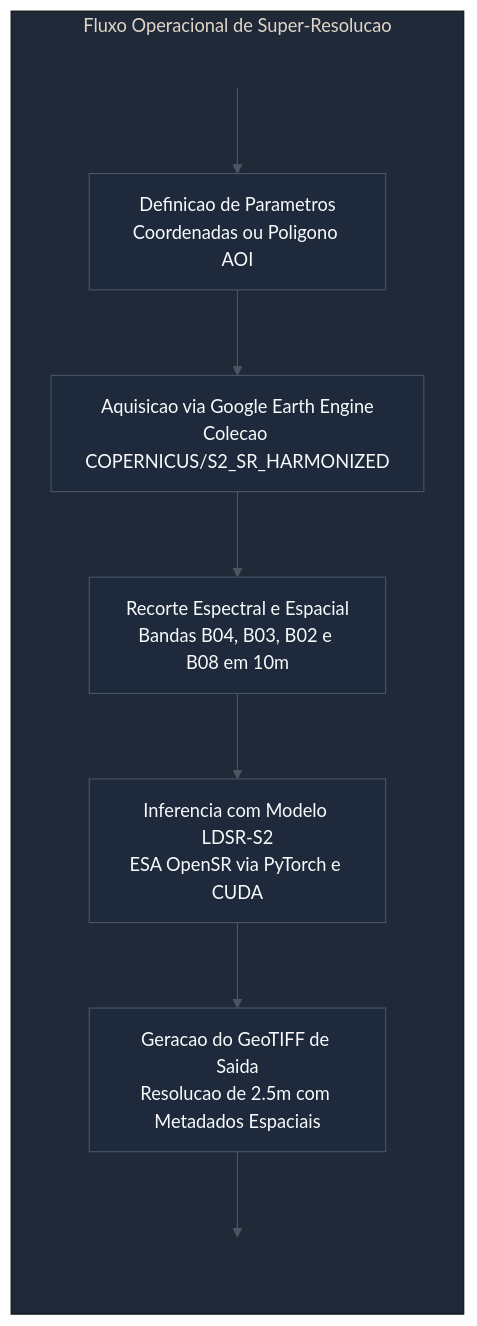
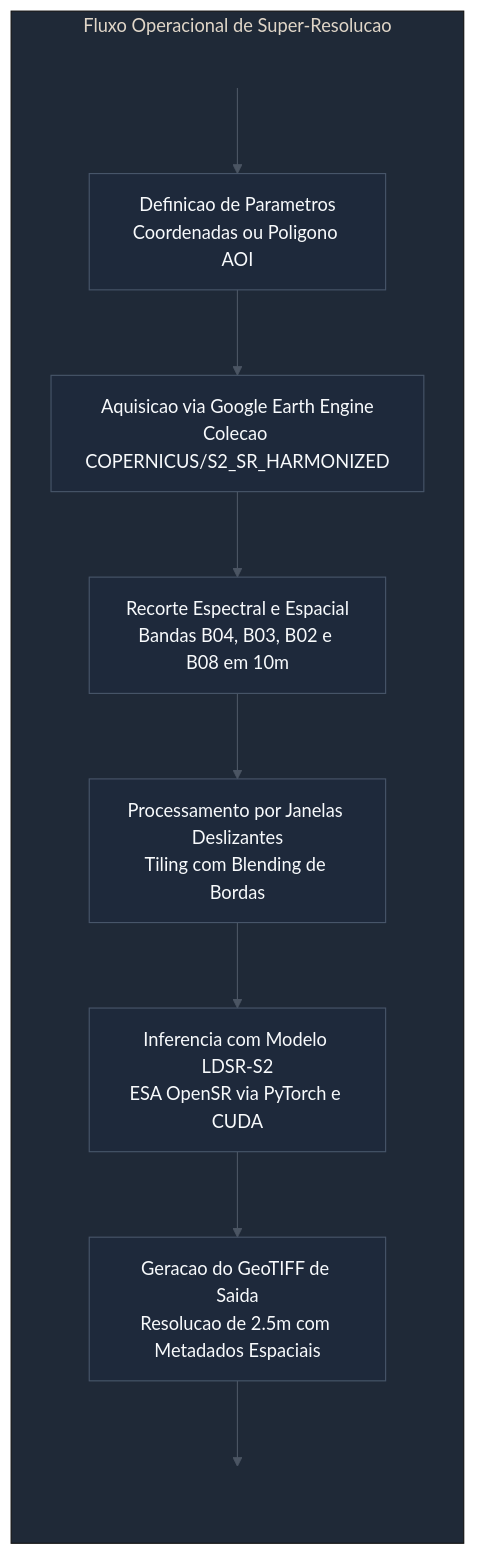
Before and after one commit to samuel-c-santos/opensr-sentinel-pipeline: the diagram in README.md, drawn with Mermaid. The commit also changed other lines of this file and 1 other file, not shown here.

Commit message:
feat: add polygon production notebook with tiling inference and update documentation

````diff
--- a/README.md
+++ b/README.md
@@ -11,27 +11,29 @@
 ```mermaid
 %%{init: {'theme': 'base', 'themeVariables': { 'primaryColor': '#1f2937', 'primaryTextColor': '#ffffff', 'primaryBorderColor': '#374151', 'lineColor': '#4b5563', 'secondaryColor': '#111827', 'tertiaryColor': '#1f2937' }}}%%
 flowchart TD
     subgraph SG_MAIN [" Fluxo Operacional de Super-Resolucao "]
         direction TB
         
         PAD_TOP[" "]:::spacer
         
         INICIO["Definicao de Parametros<br/>Coordenadas ou Poligono AOI"]
         GEE["Aquisicao via Google Earth Engine<br/>Colecao COPERNICUS/S2_SR_HARMONIZED"]
         CROP["Recorte Espectral e Espacial<br/>Bandas B04, B03, B02 e B08 em 10m"]
+        TILING["Processamento por Janelas Deslizantes<br/>Tiling com Blending de Bordas"]
         MODEL["Inferencia com Modelo LDSR-S2<br/>ESA OpenSR via PyTorch e CUDA"]
         EXPORT["Geracao do GeoTIFF de Saida<br/>Resolucao de 2.5m com Metadados Espaciais"]
         
         PAD_BOTTOM[" "]:::spacer
         
         PAD_TOP --> INICIO
         INICIO --> GEE
         GEE --> CROP
-        CROP --> MODEL
+        CROP --> TILING
+        TILING --> MODEL
         MODEL --> EXPORT
         EXPORT --> PAD_BOTTOM
     end
 
     classDef default fill:#1e293b,stroke:#475569,stroke-width:1px,color:#f8fafc;
     classDef spacer fill:none,stroke:none,color:none;
 ```
````
